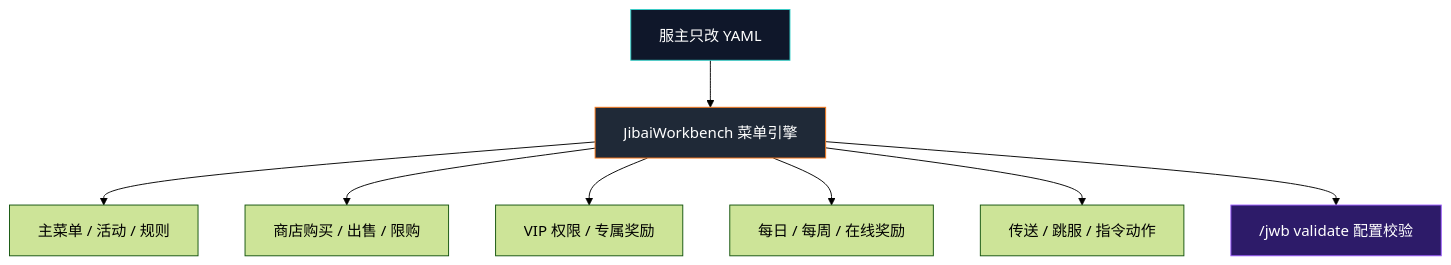
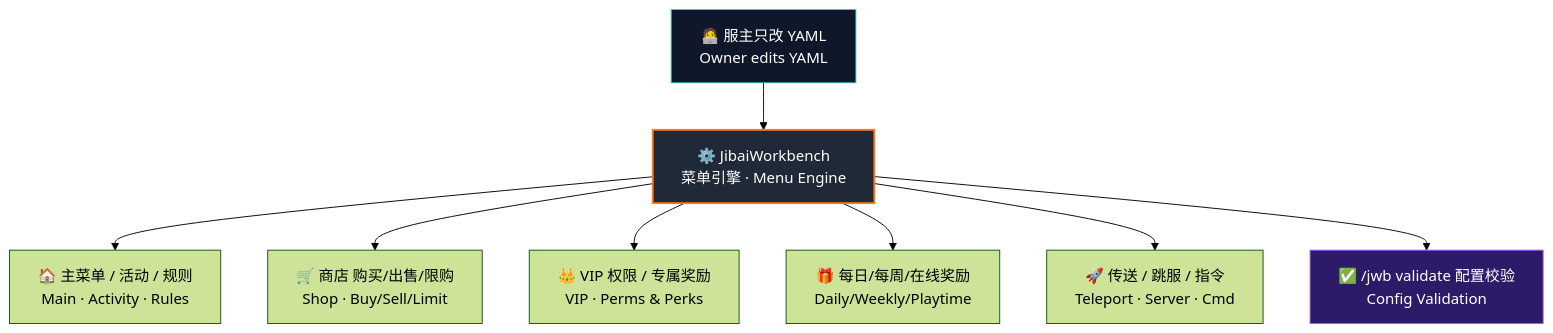
Before and after one commit to A2225211273/-JibaiWorkbench: the diagram in README.md, drawn with Mermaid (forest theme). The commit also changed other lines of this file, not shown here.

````diff
--- a/README.md
+++ b/README.md
@@ -39,14 +53,14 @@
 ```mermaid
 flowchart TB
-  A["服主只改 YAML"] --> B["JibaiWorkbench 菜单引擎"]
-  B --> C["主菜单 / 活动 / 规则"]
-  B --> D["商店购买 / 出售 / 限购"]
-  B --> E["VIP 权限 / 专属奖励"]
-  B --> F["每日 / 每周 / 在线奖励"]
-  B --> G["传送 / 跳服 / 指令动作"]
-  B --> H["/jwb validate 配置校验"]
+  A["🧑‍💻 服主只改 YAML<br/>Owner edits YAML"] --> B["⚙️ JibaiWorkbench<br/>菜单引擎 · Menu Engine"]
+  B --> C["🏠 主菜单 / 活动 / 规则<br/>Main · Activity · Rules"]
+  B --> D["🛒 商店 购买/出售/限购<br/>Shop · Buy/Sell/Limit"]
+  B --> E["👑 VIP 权限 / 专属奖励<br/>VIP · Perms & Perks"]
+  B --> F["🎁 每日/每周/在线奖励<br/>Daily/Weekly/Playtime"]
+  B --> G["🚀 传送 / 跳服 / 指令<br/>Teleport · Server · Cmd"]
+  B --> H["✅ /jwb validate 配置校验<br/>Config Validation"]
 
-  style B fill:#1f2937,stroke:#ff7a18,color:#ffffff
+  style B fill:#1f2937,stroke:#ff7a18,color:#ffffff,stroke-width:2px
   style A fill:#0f172a,stroke:#36cfc9,color:#ffffff
   style H fill:#2d1b69,stroke:#9d5cff,color:#ffffff
 ```
````
